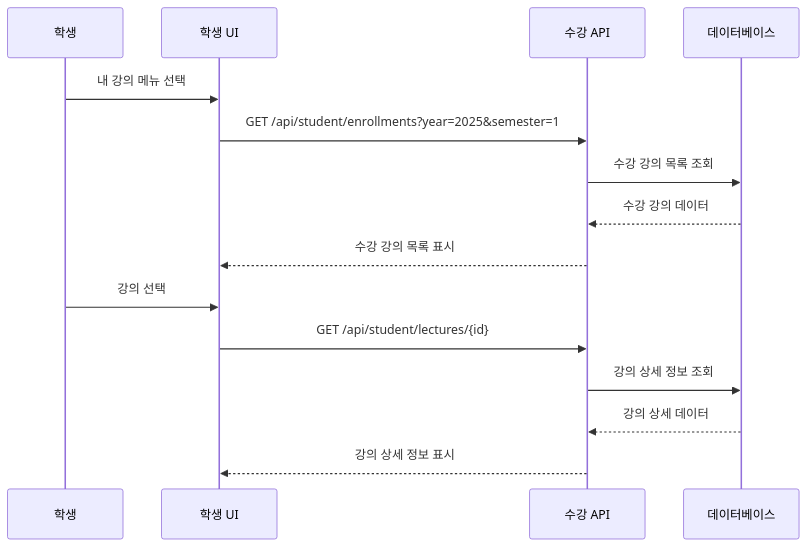
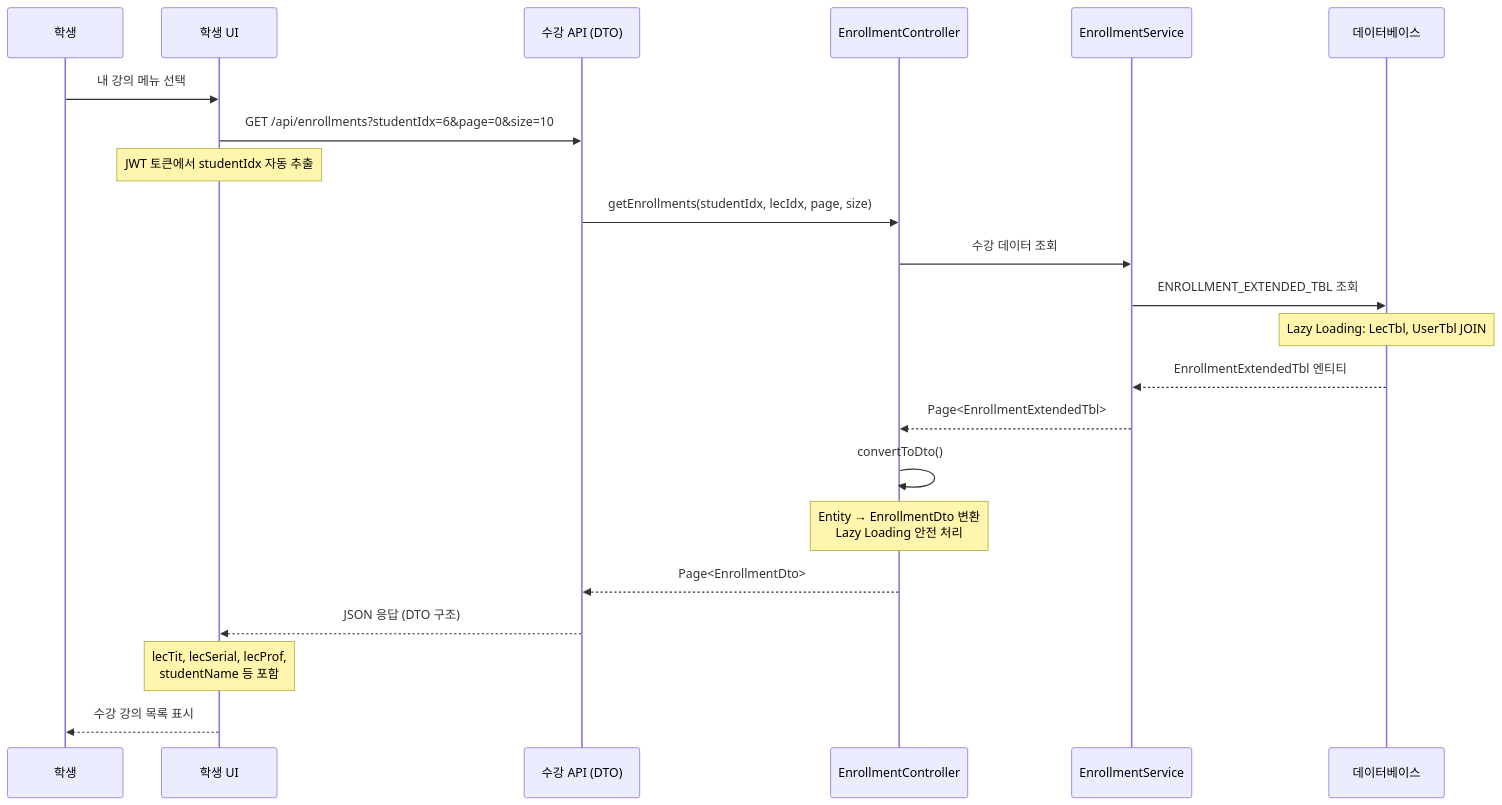
Before and after one commit to hooting76/blue-crab-lms: the fifth of 14 diagrams in backend/BlueCrab/docs/강의관련기능/06-학생플로우.md, drawn with Mermaid. The commit also changed other lines of this file and 12 other files, not shown here.

````diff
--- a/backend/BlueCrab/docs/강의관련기능/06-학생플로우.md
+++ b/backend/BlueCrab/docs/강의관련기능/06-학생플로우.md
@@ -132,19 +136,30 @@
 ```mermaid
 sequenceDiagram
     participant Student as 학생
     participant UI as 학생 UI
-    participant API as 수강 API
+    participant API as 수강 API (DTO)
+    participant Controller as EnrollmentController
+    participant Service as EnrollmentService
     participant DB as 데이터베이스
 
     Student->>UI: 내 강의 메뉴 선택
-    UI->>API: GET /api/student/enrollments?year=2025&semester=1
-    API->>DB: 수강 강의 목록 조회
-    DB-->>API: 수강 강의 데이터
-    API-->>UI: 수강 강의 목록 표시
+    UI->>API: GET /api/enrollments?studentIdx=6&page=0&size=10
+    Note over UI: JWT 토큰에서 studentIdx 자동 추출
 
-    Student->>UI: 강의 선택
-    UI->>API: GET /api/student/lectures/{id}
-    API->>DB: 강의 상세 정보 조회
-    DB-->>API: 강의 상세 데이터
-    API-->>UI: 강의 상세 정보 표시
+    API->>Controller: getEnrollments(studentIdx, lecIdx, page, size)
+    Controller->>Service: 수강 데이터 조회
+    Service->>DB: ENROLLMENT_EXTENDED_TBL 조회
+    Note over DB: Lazy Loading: LecTbl, UserTbl JOIN
+
+    DB-->>Service: EnrollmentExtendedTbl 엔티티
+    Service-->>Controller: Page<EnrollmentExtendedTbl>
+    
+    Controller->>Controller: convertToDto()
+    Note over Controller: Entity → EnrollmentDto 변환<br/>Lazy Loading 안전 처리
+    
+    Controller-->>API: Page<EnrollmentDto>
+    API-->>UI: JSON 응답 (DTO 구조)
+    Note over UI: lecTit, lecSerial, lecProf,<br/>studentName 등 포함
+
+    UI-->>Student: 수강 강의 목록 표시
 ```
````
